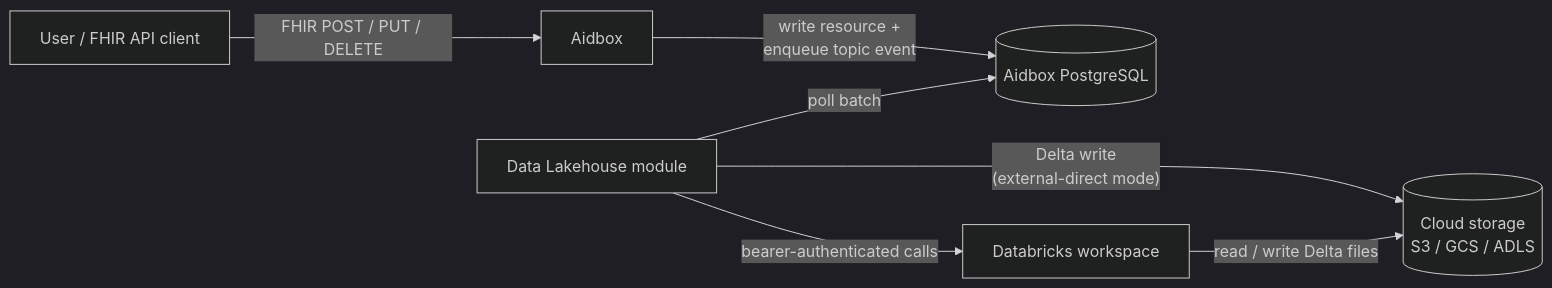
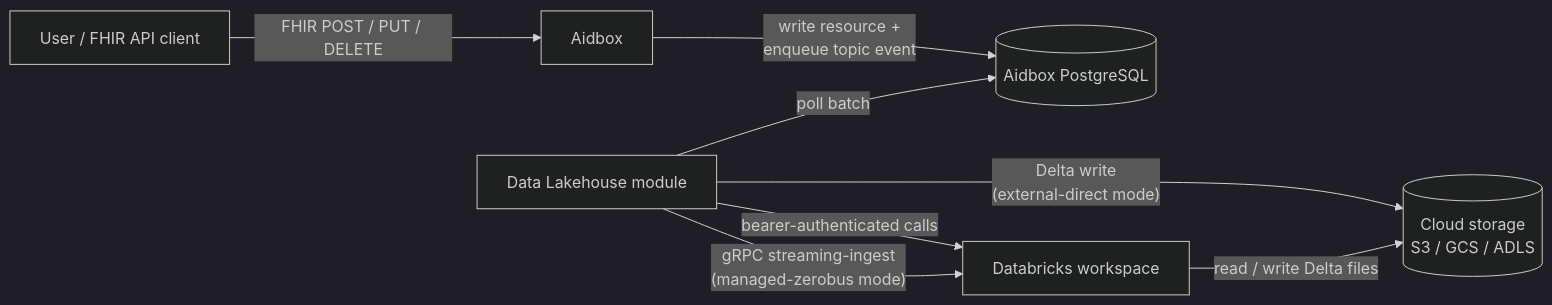
Before and after one commit to HealthSamurai/aidbox-docs: the first of 7 diagrams in docs/tutorials/subscriptions-tutorials/data-lakehouse-aidboxtopicdestination.md, drawn with Mermaid (dark theme). The commit also changed other lines of this file, not shown here.

````diff
--- a/docs/tutorials/subscriptions-tutorials/data-lakehouse-aidboxtopicdestination.md
+++ b/docs/tutorials/subscriptions-tutorials/data-lakehouse-aidboxtopicdestination.md
@@ -72,16 +75,17 @@
 ```mermaid
 graph LR
     Client[User / FHIR API client]:::blue2
     Aidbox[Aidbox]:::blue2
     PG[(Aidbox PostgreSQL)]:::neutral2
     Mod[Data Lakehouse module]:::yellow2
     DBX[Databricks workspace]:::green2
     FS[(Cloud storage<br/>S3 / GCS / ADLS)]:::violet2
 
     Client -- FHIR POST / PUT / DELETE --> Aidbox
     Aidbox -- write resource +<br/>enqueue topic event --> PG
     Mod -- poll batch --> PG
     Mod -- bearer-authenticated calls --> DBX
+    Mod -- gRPC streaming-ingest<br/>(managed-zerobus mode) --> DBX
     Mod -- Delta write<br/>(external-direct mode) --> FS
     DBX -- read / write Delta files --> FS
 ```
````
